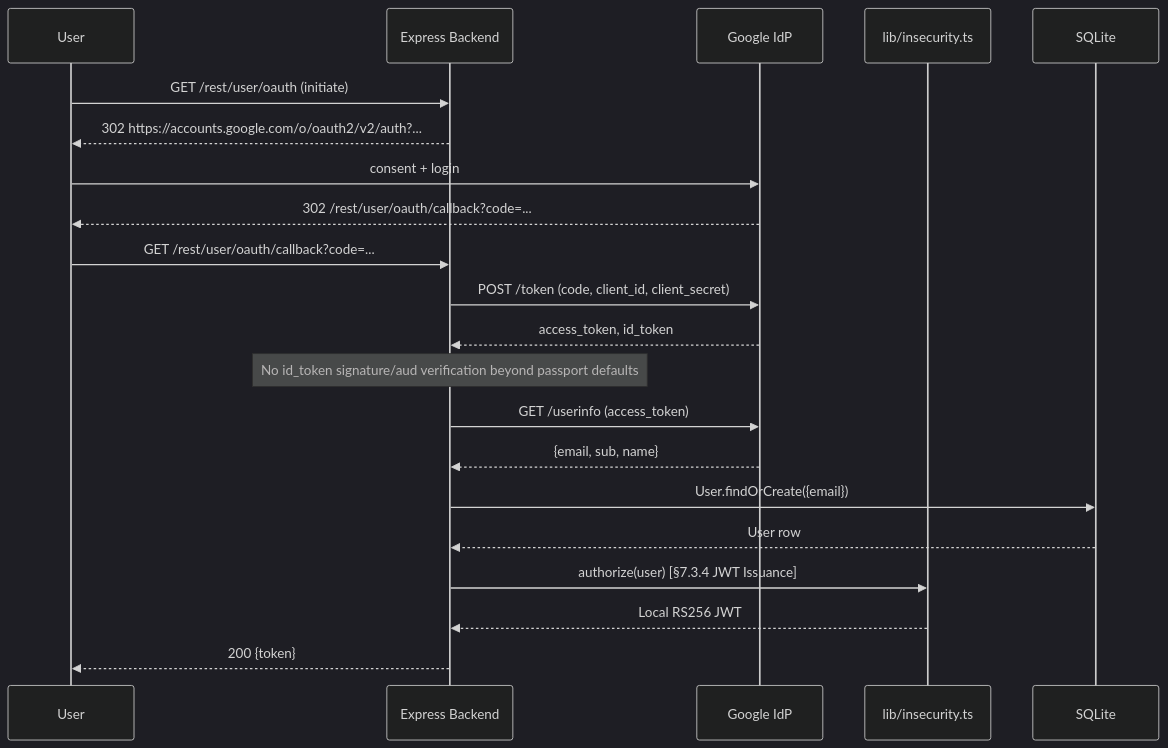
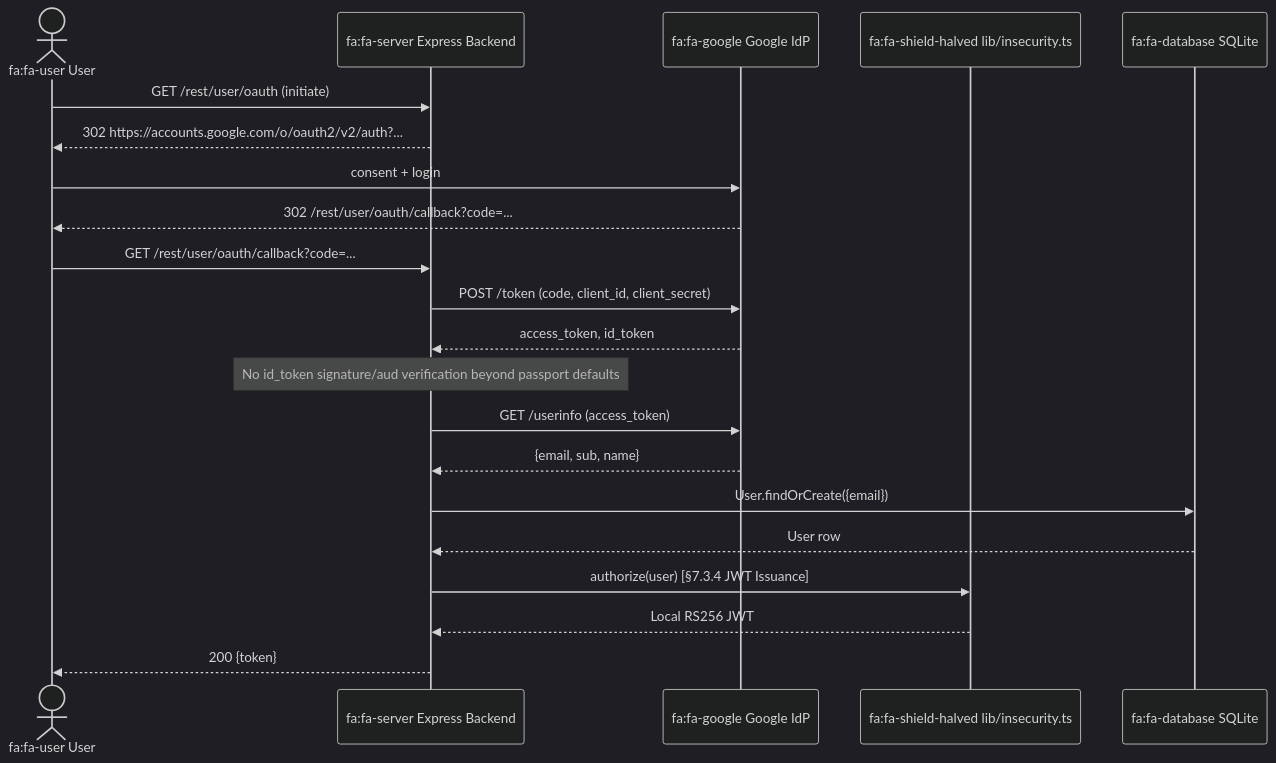
Before and after one commit to appsec-foundry/appsec-advisor: diagram 14 of 18 in examples/threat-modeler/threat-mode-juice-shop-standard.md, drawn with Mermaid (dark theme). The commit also changed other lines of this file and 9 other files, not shown here.

Commit message:
mermaid diagrams improved

````diff
--- a/examples/threat-modeler/threat-mode-juice-shop-standard.md
+++ b/examples/threat-modeler/threat-mode-juice-shop-standard.md
@@ -1081,24 +908,24 @@
 ```mermaid
 sequenceDiagram
-    participant U as User
-    participant API as Express Backend
-    participant GOOGLE as Google IdP
-    participant INSEC as lib/insecurity.ts
-    participant DB as SQLite
+    actor U as fa:fa-user User
+    participant API as fa:fa-server Express Backend
+    participant GOOGLE as fa:fa-google Google IdP
+    participant INSEC as fa:fa-shield-halved lib/insecurity.ts
+    participant DB as fa:fa-database SQLite
 
     U->>API: GET /rest/user/oauth (initiate)
     API-->>U: 302 https://accounts.google.com/o/oauth2/v2/auth?...
     U->>GOOGLE: consent + login
     GOOGLE-->>U: 302 /rest/user/oauth/callback?code=...
     U->>API: GET /rest/user/oauth/callback?code=...
     API->>GOOGLE: POST /token (code, client_id, client_secret)
     GOOGLE-->>API: access_token, id_token
     Note over API: No id_token signature/aud verification beyond passport defaults
     API->>GOOGLE: GET /userinfo (access_token)
     GOOGLE-->>API: {email, sub, name}
     API->>DB: User.findOrCreate({email})
     DB-->>API: User row
     API->>INSEC: authorize(user) [§7.3.4 JWT Issuance]
     INSEC-->>API: Local RS256 JWT
     API-->>U: 200 {token}
 ```
````
